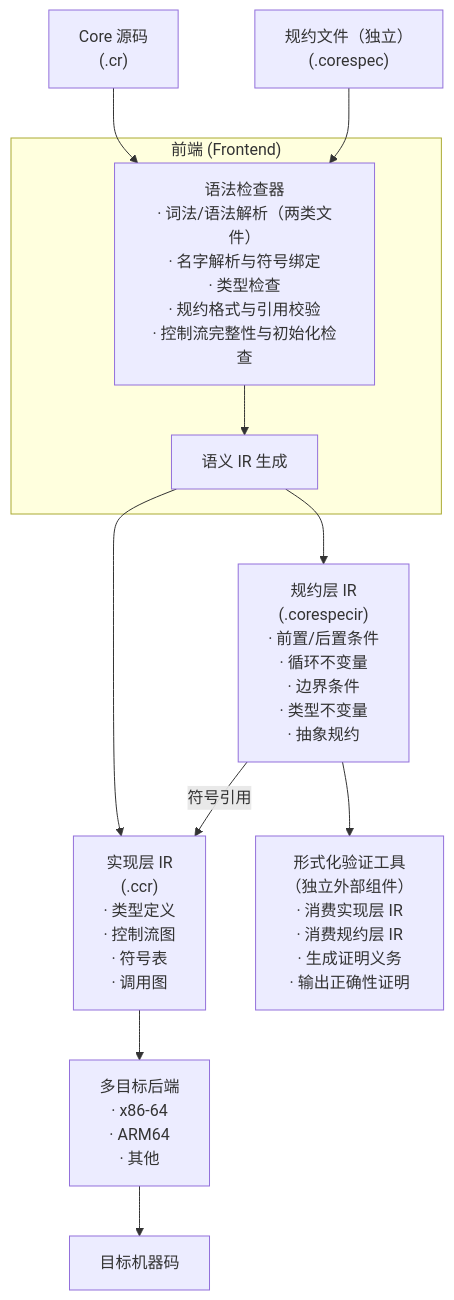
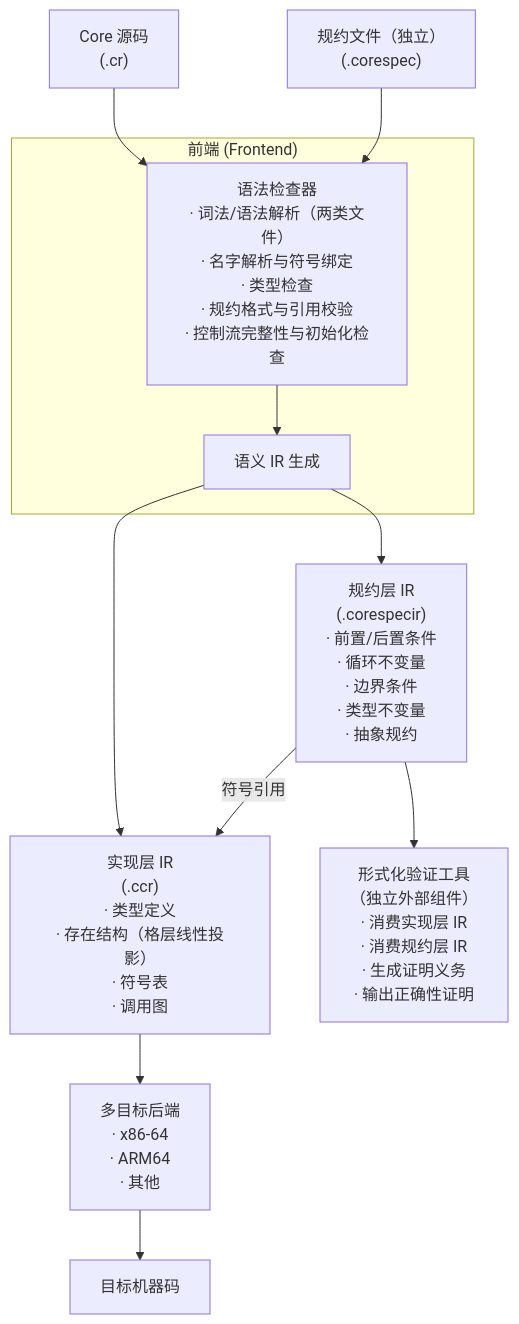
Before and after one commit to DslsDZC/core: the diagram in docs/project-book.md, drawn with Mermaid. The commit also changed other lines of this file and 5 other files, not shown here.

````diff
--- a/docs/project-book.md
+++ b/docs/project-book.md
@@ -111,32 +111,32 @@
 ```mermaid
 graph TD
     A["Core 源码<br/>(.cr)"]
     B["规约文件（独立）<br/>(.corespec)"]
 
     subgraph Frontend["前端 (Frontend)"]
         checker["语法检查器<br/>· 词法/语法解析（两类文件）<br/>· 名字解析与符号绑定<br/>· 类型检查<br/>· 规约格式与引用校验<br/>· 控制流完整性与初始化检查"]
         irGen["语义 IR 生成"]
         checker --> irGen
     end
 
     A --> checker
     B --> checker
 
-    implIR["实现层 IR<br/>(.ccr)<br/>· 类型定义<br/>· 控制流图<br/>· 符号表<br/>· 调用图"]
+    implIR["实现层 IR<br/>(.ccr)<br/>· 类型定义<br/>· 存在结构（格层线性投影）<br/>· 符号表<br/>· 调用图"]
     specIR["规约层 IR<br/>(.corespecir)<br/>· 前置/后置条件<br/>· 循环不变量<br/>· 边界条件<br/>· 类型不变量<br/>· 抽象规约"]
 
     irGen --> implIR
     irGen --> specIR
 
     specIR -->|符号引用| implIR
 
     backend["多目标后端<br/>· x86-64<br/>· ARM64<br/>· 其他"]
     verifier["形式化验证工具<br/>（独立外部组件）<br/>· 消费实现层 IR<br/>· 消费规约层 IR<br/>· 生成证明义务<br/>· 输出正确性证明"]
 
     implIR --> backend
     specIR --> verifier
 
     target["目标机器码"]
 
     backend --> target
 ```
````
